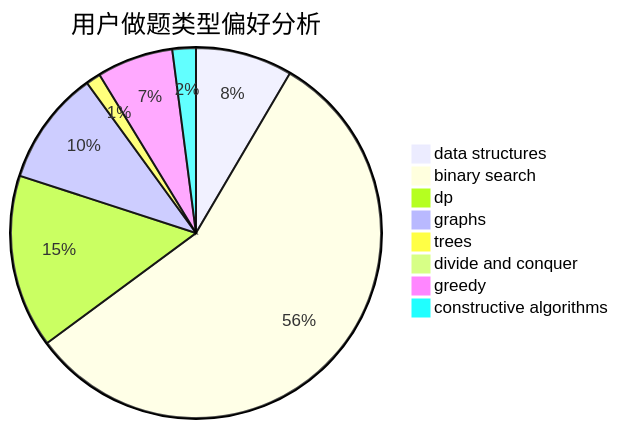
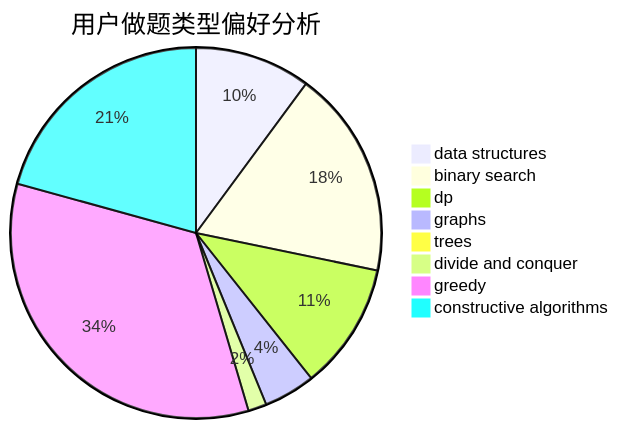
Before and after one commit to sherpahu/cfrs.github.io: the second of 3 diagrams in docs/user/u646.md, drawn with Mermaid. The commit also changed other lines of this file and 2770 other files, not shown here.

````diff
--- a/docs/user/u646.md
+++ b/docs/user/u646.md
@@ -23,11 +23,11 @@
 ```mermaid
 pie title 用户做题类型偏好分析
-    "data structures" :  33
-    "binary search" :  220
-    "dp" :  59
-    "graphs" :  39
-    "trees" :  5
-    "divide and conquer" :  0
-    "greedy" :  26
-    "constructive algorithms" :  8
+    "data structures" :  63
+    "binary search" :  113
+    "dp" :  69
+    "graphs" :  28
+    "trees" :  0
+    "divide and conquer" :  10
+    "greedy" :  211
+    "constructive algorithms" :  129
 ```
````
